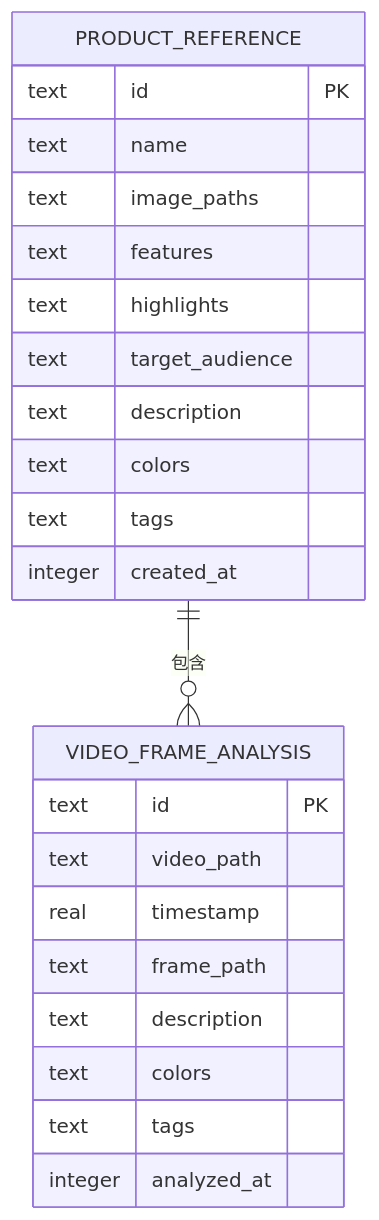
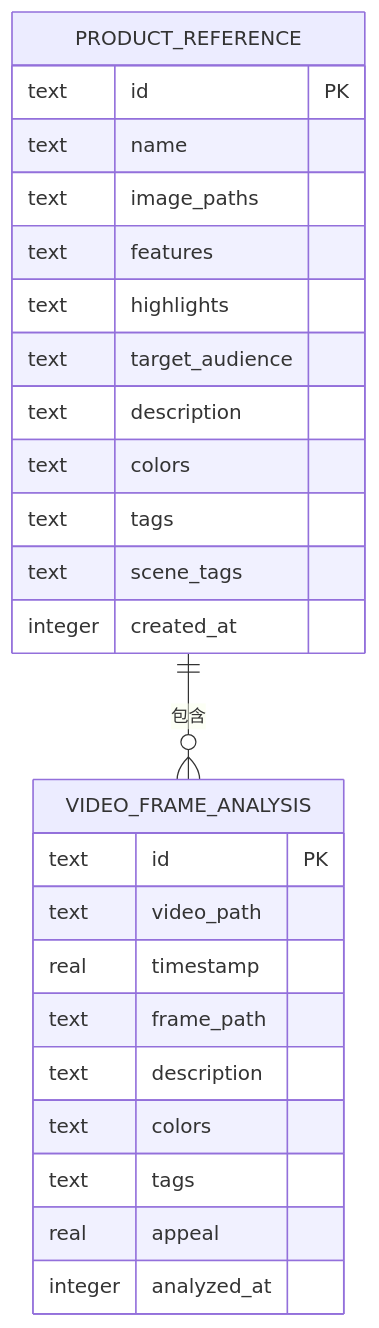
Before and after one commit to torans/crow.video: the fifth of 12 diagrams in .qoder/repowiki/zh/content/UI组件系统/视频管理组件.md, drawn with Mermaid. The commit also changed other lines of this file and 35 other files, not shown here.

````diff
--- a/.qoder/repowiki/zh/content/UI组件系统/视频管理组件.md
+++ b/.qoder/repowiki/zh/content/UI组件系统/视频管理组件.md
@@ -204,26 +242,28 @@
 ```mermaid
 erDiagram
 PRODUCT_REFERENCE {
 text id PK
 text name
 text image_paths
 text features
 text highlights
 text target_audience
 text description
 text colors
 text tags
+text scene_tags
 integer created_at
 }
 VIDEO_FRAME_ANALYSIS {
 text id PK
 text video_path
 real timestamp
 text frame_path
 text description
 text colors
 text tags
+real appeal
 integer analyzed_at
 }
 PRODUCT_REFERENCE ||--o{ VIDEO_FRAME_ANALYSIS : "包含"
 ```
````
